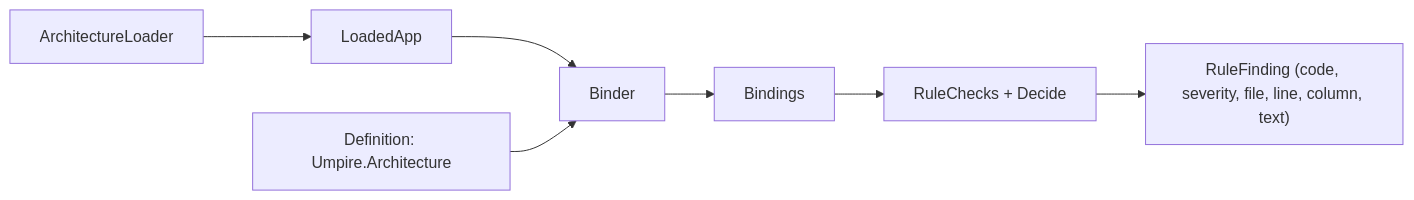
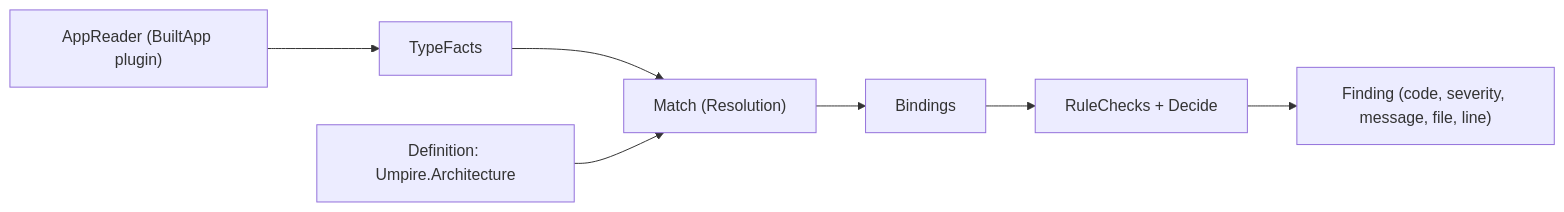
One commit to MgCohen/vsa-template changed the diagram in docs/architecture-engine.md. Above: the diagram before and after it, drawn with Mermaid. The commit also changed other lines of this file and 11 other files, not shown here.

````diff
--- a/docs/architecture-engine.md
+++ b/docs/architecture-engine.md
@@ -5,9 +5,9 @@
 ```mermaid
 flowchart LR
-    L[ArchitectureLoader] --> A[LoadedApp]
-    A --> B[Binder]
+    L["AppReader (BuiltApp plugin)"] --> A["TypeFacts"]
+    A --> B["Match (Resolution)"]
     D[Definition: Umpire.Architecture] --> B
     B --> S[Bindings]
-    S --> C[RuleChecks + Decide]
-    C --> F["RuleFinding (code, severity, file, line, column, text)"]
+    S --> C["RuleChecks + Decide"]
+    C --> F["Finding (code, severity, message, file, line)"]
 ```
````
